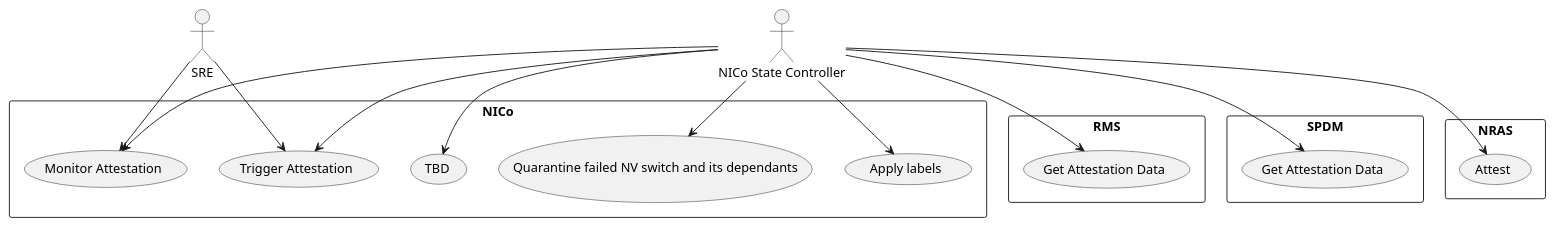
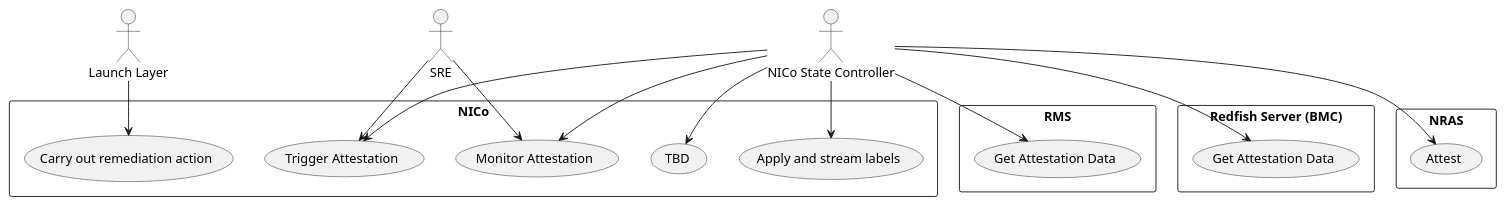
Before and after one commit to kbakanov-dev/bare-metal-manager-core: the first of 2 diagrams in docs/design/nico-attestation/nico-attestation.md, drawn with PlantUML. The commit also changed other lines of this file and 3 other files, not shown here.

````diff
--- a/docs/design/nico-attestation/nico-attestation.md
+++ b/docs/design/nico-attestation/nico-attestation.md
@@ -10,38 +10,40 @@
 ```plantuml
 actor "NICo State Controller" as NICoST
 actor SRE
+actor "Launch Layer" as LL
 
 rectangle NICo {
   usecase "Trigger Attestation" as UC1
   usecase "Monitor Attestation" as UC2
-  usecase "Quarantine failed NV switch and its dependants" as UC3
+  usecase "Carry out remediation action" as UC3
   usecase "TBD" as UC4
-  usecase "Apply labels" as UC5
+  usecase "Apply and stream labels" as UC5
 }
 
 rectangle RMS {
   usecase "Get Attestation Data" as RUC1
 }
 
-rectangle SPDM {
+rectangle "Redfish Server (BMC)" {
   usecase "Get Attestation Data" as SUC1
 }
 
 rectangle NRAS {
   usecase "Attest" as NUC1
 }
 
 NICoST --> UC1
 NICoST --> UC2
-NICoST --> UC3
 NICoST --> UC4
 NICoST --> UC5
 
 NICoST --> RUC1
 NICoST --> NUC1
 
 NICoST --> SUC1
 
 SRE --> UC1
 SRE --> UC2
+
+LL --> UC3
 ```
````
